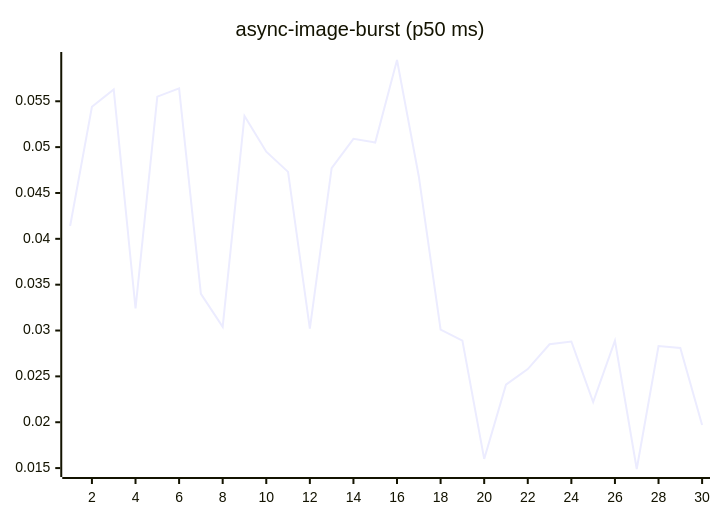
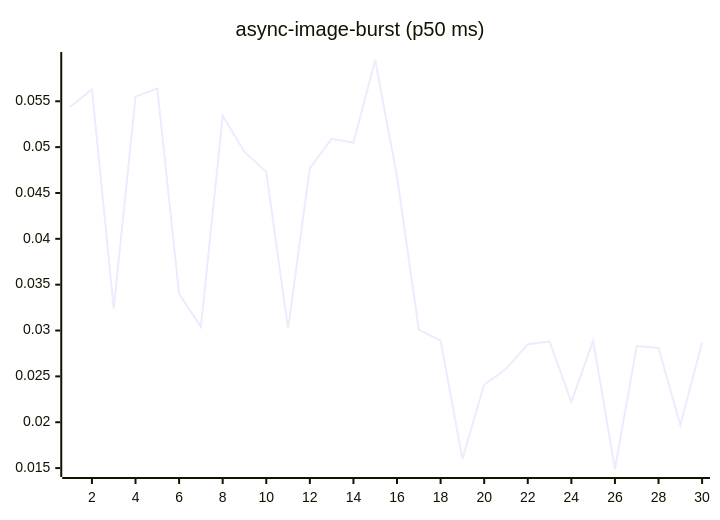
One commit to josha/Facet changed the fourth of 27 diagrams in README.md. Above: the diagram before and after it, drawn with Mermaid. The commit also changed other lines of this file and 2 other files, not shown here.

````diff
--- a/README.md
+++ b/README.md
@@ -84,6 +84,6 @@
 ```mermaid
 xychart-beta
     title "async-image-burst (p50 ms)"
     x-axis 1 --> 30
-    line [0.0414, 0.0544, 0.0563, 0.0324, 0.0555, 0.0564, 0.0340, 0.0304, 0.0534, 0.0495, 0.0473, 0.0302, 0.0477, 0.0509, 0.0505, 0.0595, 0.0468, 0.0301, 0.0289, 0.0160, 0.0241, 0.0258, 0.0285, 0.0288, 0.0222, 0.0289, 0.0149, 0.0283, 0.0281, 0.0197]
+    line [0.0544, 0.0563, 0.0324, 0.0555, 0.0564, 0.0340, 0.0304, 0.0534, 0.0495, 0.0473, 0.0302, 0.0477, 0.0509, 0.0505, 0.0595, 0.0468, 0.0301, 0.0289, 0.0160, 0.0241, 0.0258, 0.0285, 0.0288, 0.0222, 0.0289, 0.0149, 0.0283, 0.0281, 0.0197, 0.0287]
 ```
````
